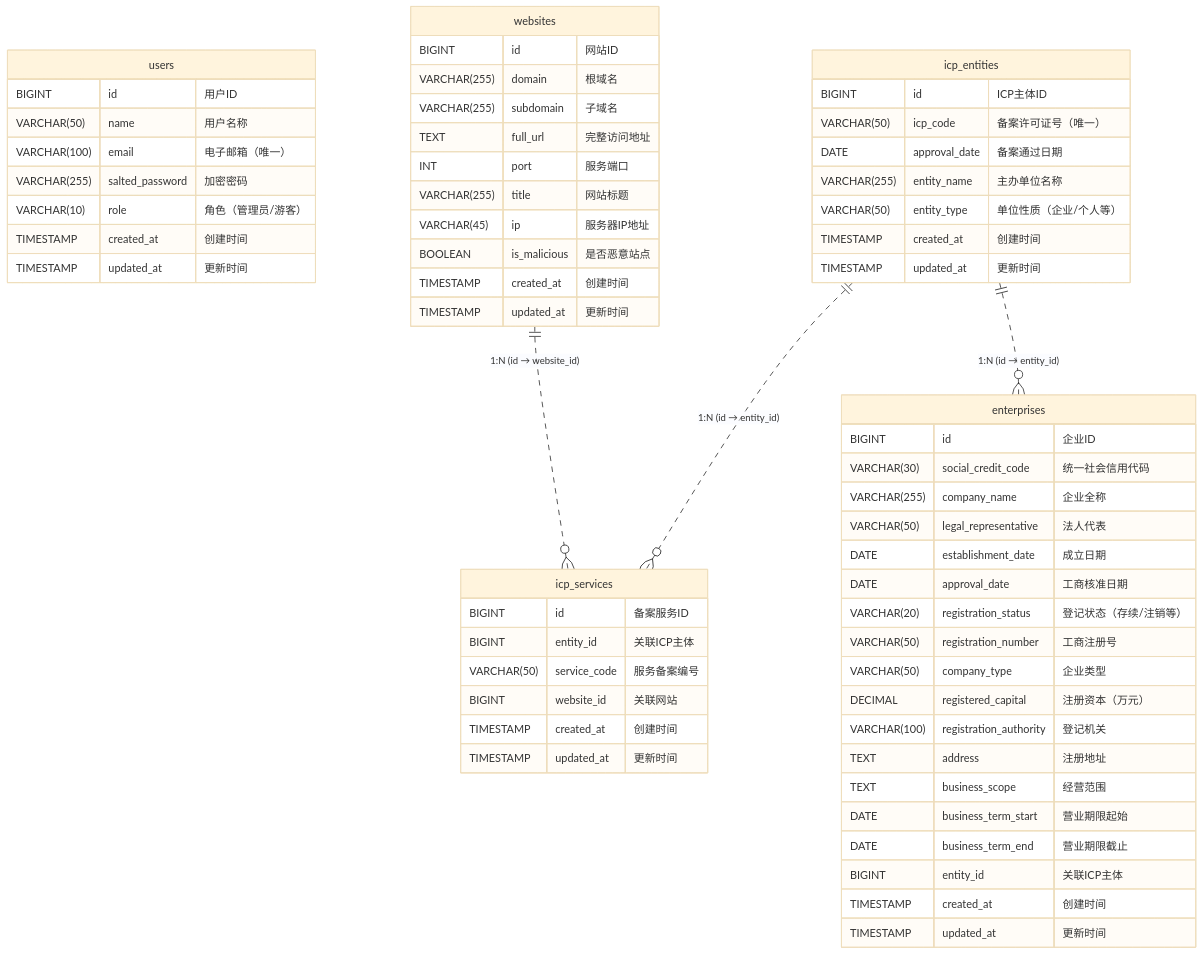
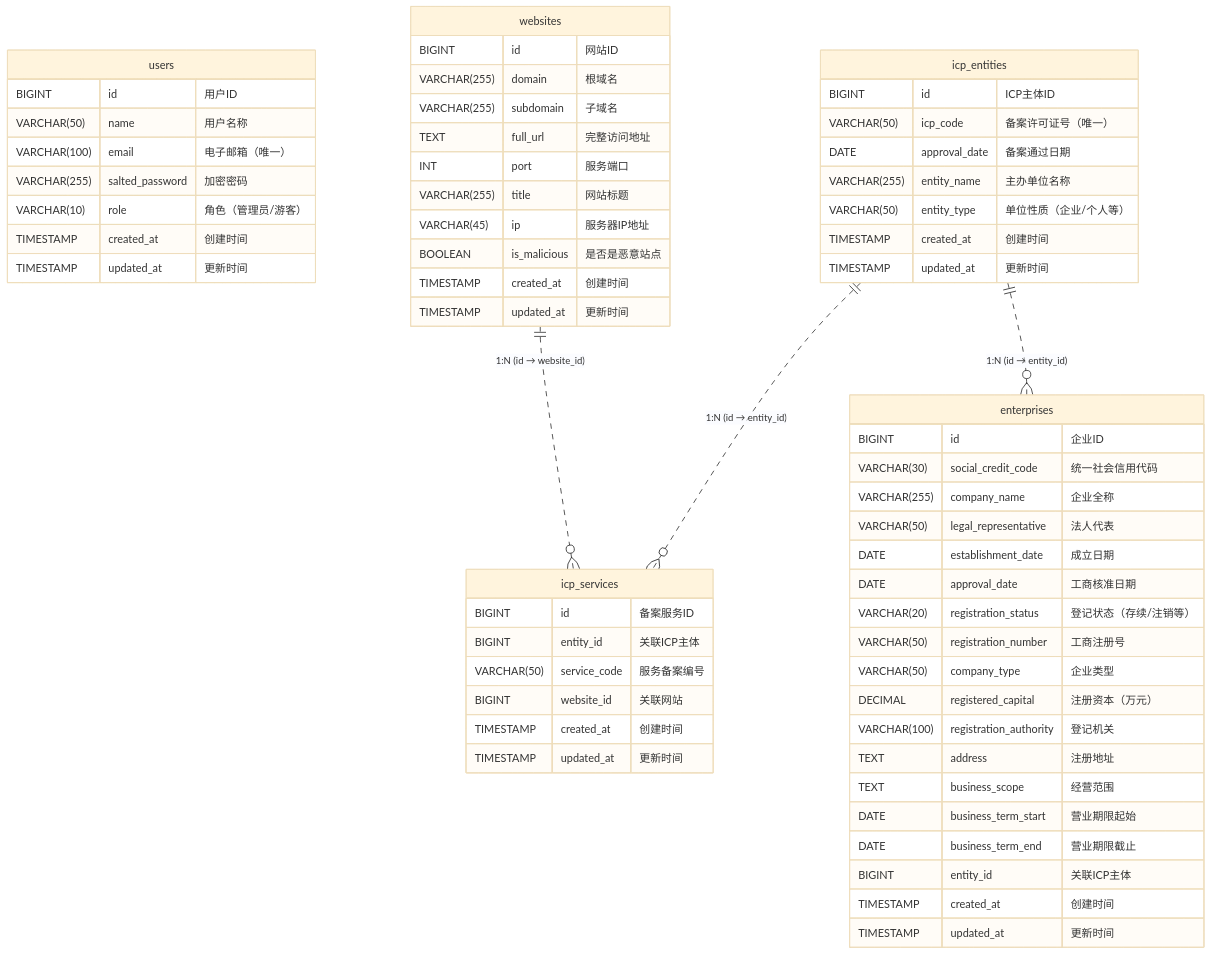
One commit to 2710165659/RougeKiller changed the diagram in Others/mysql/数据库设计.md. Above: the diagram before and after it, drawn with Mermaid (base theme). The commit also changed other lines of this file and 1 other file, not shown here.

Commit message:
数据库修改

````diff
--- a/Others/mysql/数据库设计.md
+++ b/Others/mysql/数据库设计.md
@@ -158,70 +158,70 @@
 ```mermaid   
 erDiagram
     users {
         BIGINT id  "用户ID"
         VARCHAR(50) name "用户名称"
         VARCHAR(100) email "电子邮箱（唯一）"
         VARCHAR(255) salted_password "加密密码"
         VARCHAR(10) role "角色（管理员/游客）"
         TIMESTAMP created_at "创建时间"
         TIMESTAMP updated_at "更新时间"
     }
 
     websites {
         BIGINT id  "网站ID"
         VARCHAR(255) domain "根域名"
         VARCHAR(255) subdomain "子域名"
         TEXT full_url "完整访问地址"
         INT port "服务端口"
         VARCHAR(255) title "网站标题"
         VARCHAR(45) ip "服务器IP地址"
-        BOOLEAN is_malicious "是否恶意站点"
+        BOOLEAN is_malicious "是否是恶意站点"
         TIMESTAMP created_at "创建时间"
         TIMESTAMP updated_at "更新时间"
     }
 
     icp_entities {
         BIGINT id  "ICP主体ID"
         VARCHAR(50) icp_code "备案许可证号（唯一）"
         DATE approval_date "备案通过日期"
         VARCHAR(255) entity_name "主办单位名称"
         VARCHAR(50) entity_type "单位性质（企业/个人等）"
         TIMESTAMP created_at "创建时间"
         TIMESTAMP updated_at "更新时间"
     }
 
     icp_services {
         BIGINT id  "备案服务ID"
         BIGINT entity_id "关联ICP主体"
         VARCHAR(50) service_code "服务备案编号"
         BIGINT website_id "关联网站"
         TIMESTAMP created_at "创建时间"
         TIMESTAMP updated_at "更新时间"
     }
 
     enterprises {
         BIGINT id  "企业ID"
         VARCHAR(30) social_credit_code "统一社会信用代码"
         VARCHAR(255) company_name "企业全称"
         VARCHAR(50) legal_representative "法人代表"
         DATE establishment_date "成立日期"
         DATE approval_date "工商核准日期"
         VARCHAR(20) registration_status "登记状态（存续/注销等）"
         VARCHAR(50) registration_number "工商注册号"
         VARCHAR(50) company_type "企业类型"
         DECIMAL registered_capital "注册资本（万元）"
         VARCHAR(100) registration_authority "登记机关"
         TEXT address "注册地址"
         TEXT business_scope "经营范围"
         DATE business_term_start "营业期限起始"
         DATE business_term_end "营业期限截止"
         BIGINT entity_id "关联ICP主体"
         TIMESTAMP created_at "创建时间"
         TIMESTAMP updated_at "更新时间"
     }
 
     %% 关系定义（显式标注基数和关联字段）
     icp_entities ||..o{ icp_services : "1:N (id → entity_id)"
     websites ||..o{ icp_services : "1:N (id → website_id)"
     icp_entities ||..o{ enterprises : "1:N (id → entity_id)"
 ```
````
